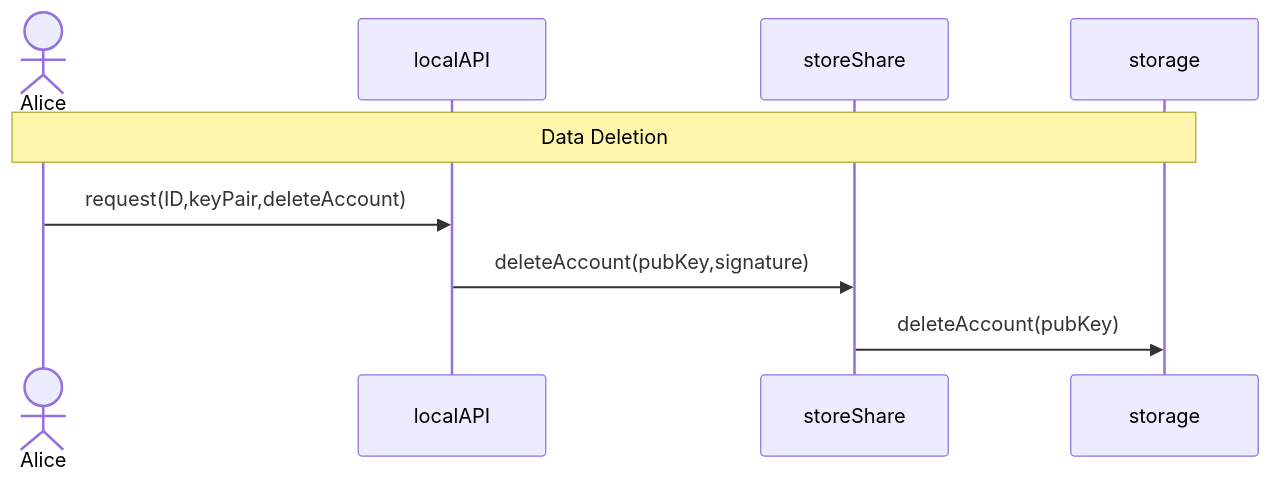
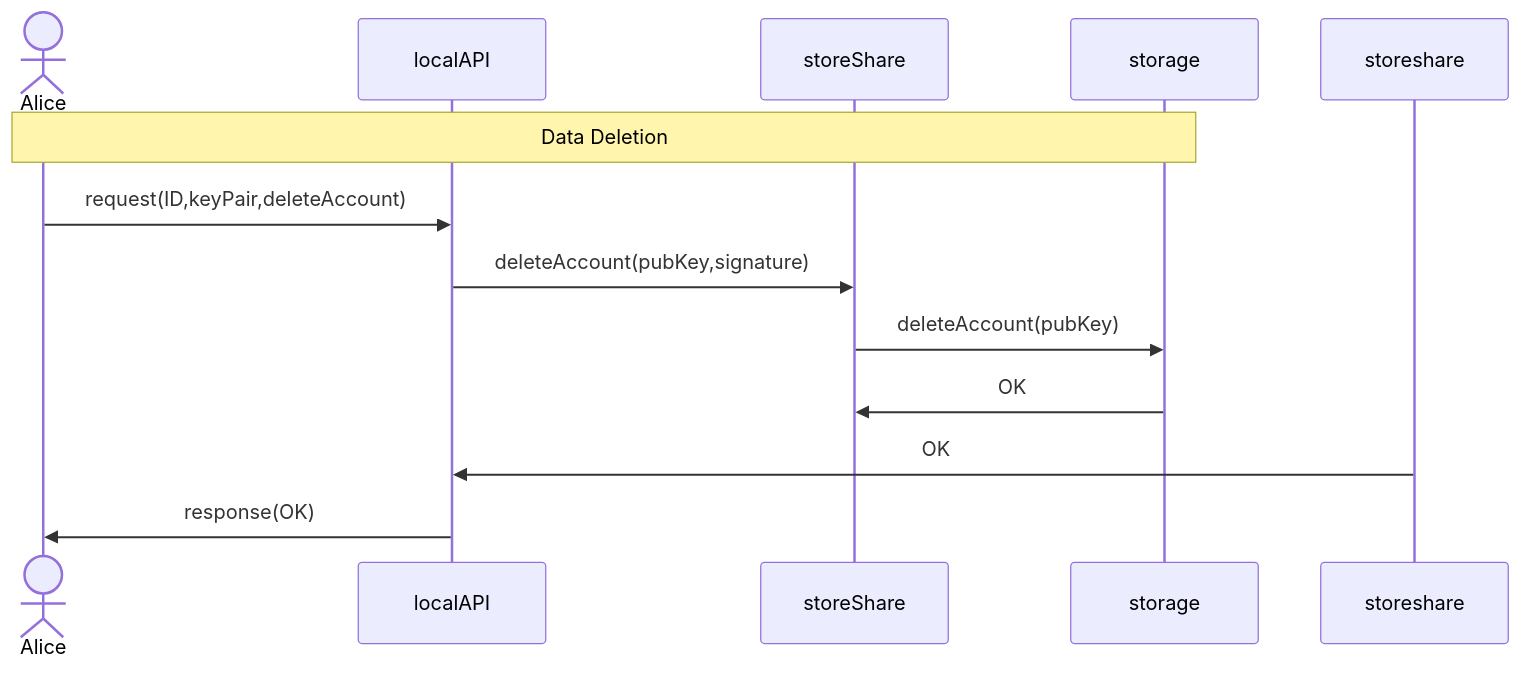
Before and after one commit to BlockchainCommons/Gordian: the fifth of 5 diagrams in Docs/CSR-SequenceDiagram.md, drawn with Mermaid. The commit also changed other lines of this file, not shown here.

````diff
--- a/Docs/CSR-SequenceDiagram.md
+++ b/Docs/CSR-SequenceDiagram.md
@@ -115,11 +127,15 @@
 ```mermaid
 sequenceDiagram
 actor Alice
 participant localAPI
 participant storeShare
 participant storage
+
 Note over Alice,storage: Data Deletion
 Alice->>localAPI: request(ID,keyPair,deleteAccount)
 localAPI->>storeShare: deleteAccount(pubKey,signature)
 storeShare->>storage: deleteAccount(pubKey)
+storage->>storeShare: OK
+storeshare->>localAPI: OK
+localAPI->>Alice: response(OK)
 ```
````
